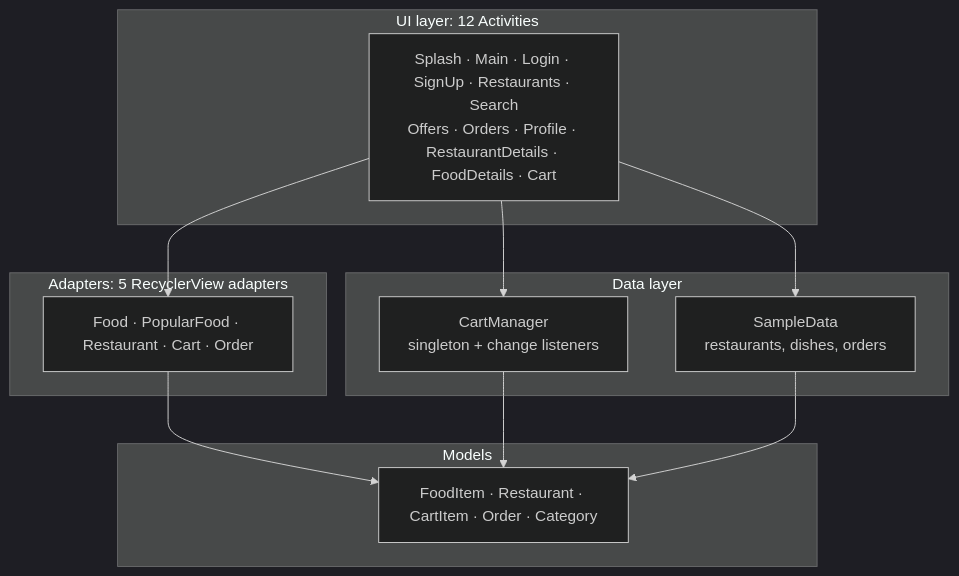
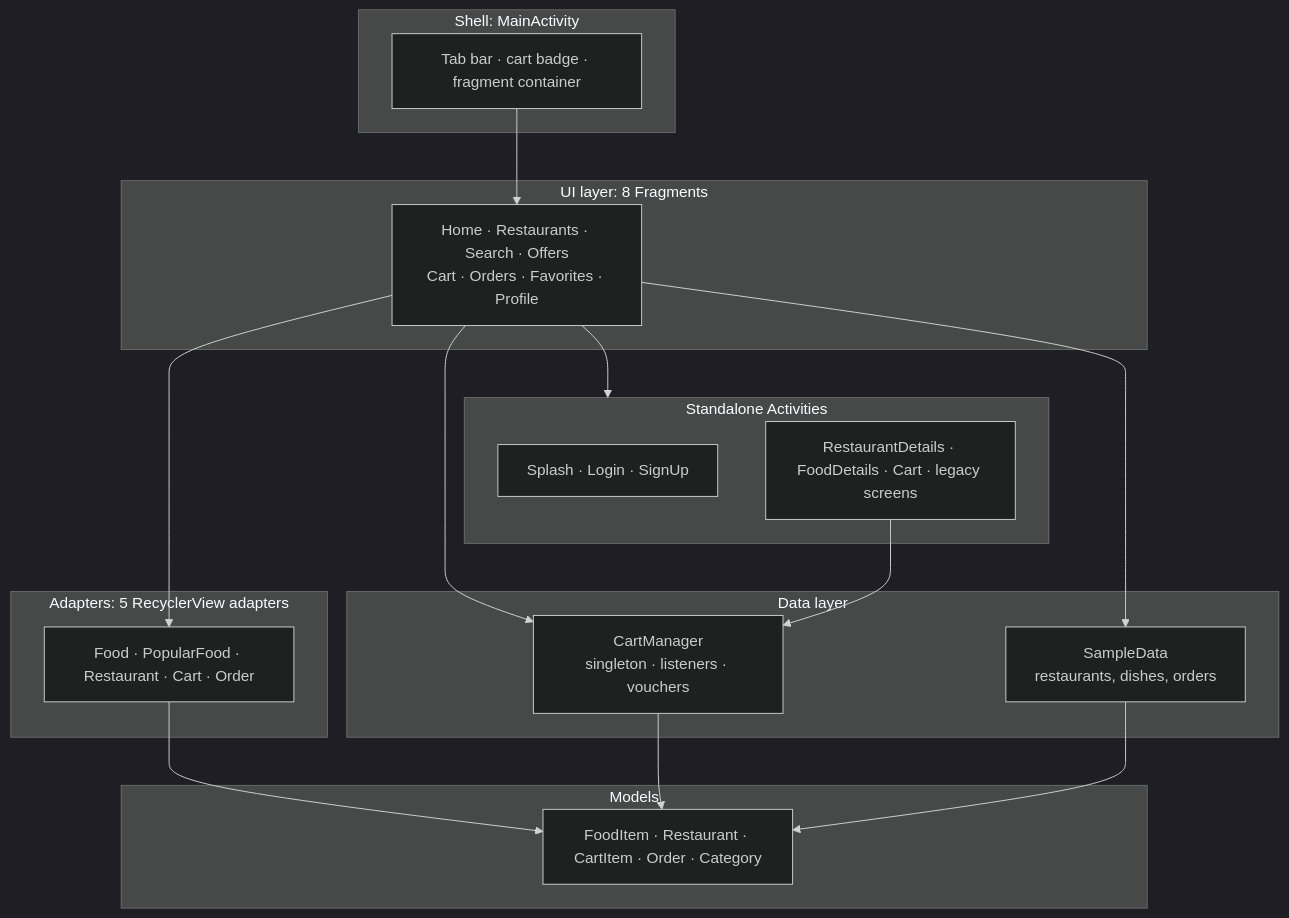
One commit to furqanzubair209-cell/mobile-app-development-coursework changed the second of 2 diagrams in README.md. Above: the diagram before and after it, drawn with Mermaid (dark theme). The commit also changed other lines of this file, not shown here.

````diff
--- a/README.md
+++ b/README.md
@@ -143,22 +168,32 @@
 ```mermaid
 flowchart TB
-    subgraph UI["UI layer: 12 Activities"]
-        ACT[Splash · Main · Login · SignUp · Restaurants · Search<br/>Offers · Orders · Profile · RestaurantDetails · FoodDetails · Cart]
+    subgraph SHELL["Shell: MainActivity"]
+        MA[Tab bar · cart badge · fragment container]
+    end
+    subgraph FR["UI layer: 8 Fragments"]
+        FRG[Home · Restaurants · Search · Offers<br/>Cart · Orders · Favorites · Profile]
+    end
+    subgraph ACT["Standalone Activities"]
+        A1[Splash · Login · SignUp]
+        A2[RestaurantDetails · FoodDetails · Cart · legacy screens]
     end
     subgraph AD["Adapters: 5 RecyclerView adapters"]
         ADP[Food · PopularFood · Restaurant · Cart · Order]
     end
     subgraph DATA["Data layer"]
-        CM[CartManager<br/>singleton + change listeners]
+        CM[CartManager<br/>singleton · listeners · vouchers]
         SD[SampleData<br/>restaurants, dishes, orders]
     end
     subgraph MODEL["Models"]
         M[FoodItem · Restaurant · CartItem · Order · Category]
     end
-    ACT --> ADP
-    ACT --> CM
-    ACT --> SD
+    MA --> FRG
+    FRG --> ADP
+    FRG --> CM
+    FRG --> SD
+    FRG --> ACT
+    A2 --> CM
     ADP --> M
     CM --> M
     SD --> M
 ```
````
